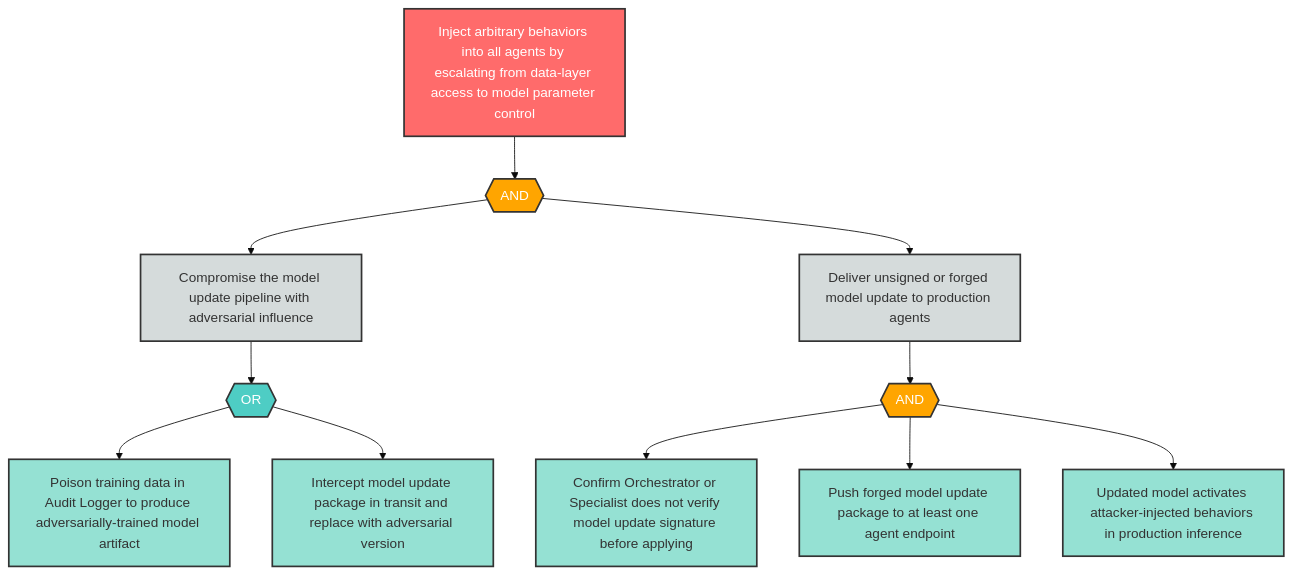
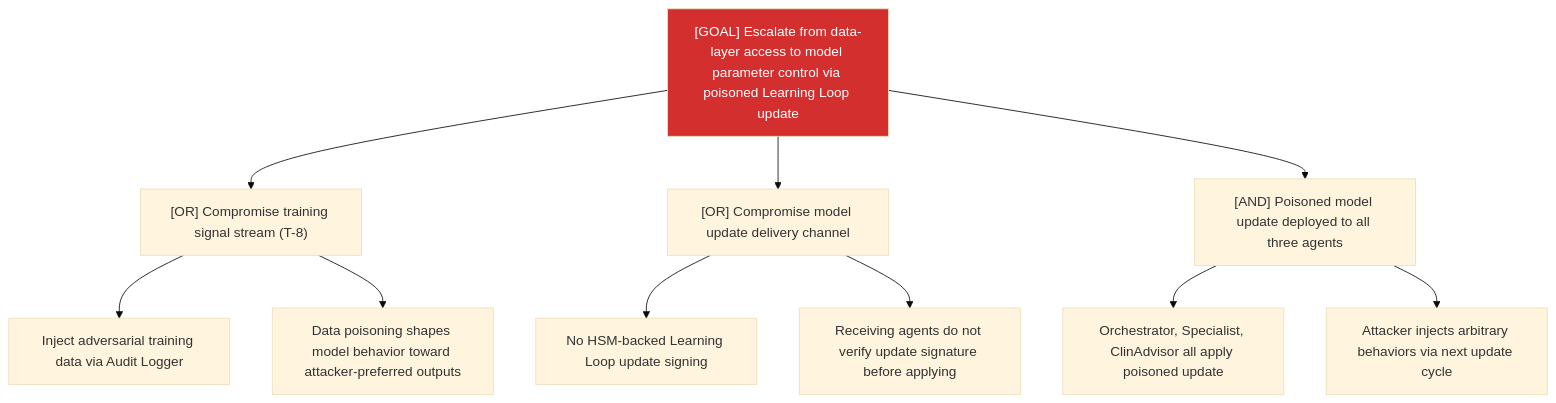
The diagram in examples/agentic-app/sample-report/attack-trees/E-6-attack-tree.md (q-qp-p/davidmatousek-tachi), drawn with Mermaid (base theme) before and after one commit. The commit also changed other lines of this file and 132 other files, not shown here.

````diff
--- a/examples/agentic-app/sample-report/attack-trees/E-6-attack-tree.md
+++ b/examples/agentic-app/sample-report/attack-trees/E-6-attack-tree.md
@@ -8,37 +7,15 @@
 ```mermaid
-flowchart TD
-    E6_root["Inject arbitrary behaviors into all agents by escalating from data-layer access to model parameter control"]
-    E6_and1{{"AND"}}
-    E6_sub1["Compromise the model update pipeline with adversarial influence"]
-    E6_sub2["Deliver unsigned or forged model update to production agents"]
-    E6_or1{{"OR"}}
-    E6_leaf1["Poison training data in Audit Logger to produce adversarially-trained model artifact"]
-    E6_leaf2["Intercept model update package in transit and replace with adversarial version"]
-    E6_and2{{"AND"}}
-    E6_leaf3["Confirm Orchestrator or Specialist does not verify model update signature before applying"]
-    E6_leaf4["Push forged model update package to at least one agent endpoint"]
-    E6_leaf5["Updated model activates attacker-injected behaviors in production inference"]
-
-    E6_root --> E6_and1
-    E6_and1 --> E6_sub1
-    E6_and1 --> E6_sub2
-    E6_sub1 --> E6_or1
-    E6_or1 --> E6_leaf1
-    E6_or1 --> E6_leaf2
-    E6_sub2 --> E6_and2
-    E6_and2 --> E6_leaf3
-    E6_and2 --> E6_leaf4
-    E6_and2 --> E6_leaf5
-
-    classDef goal fill:#ff6b6b,stroke:#333,stroke-width:2px,color:#fff
-    classDef andGate fill:#ffa500,stroke:#333,stroke-width:2px,color:#fff
-    classDef orGate fill:#4ecdc4,stroke:#333,stroke-width:2px,color:#fff
-    classDef subGoal fill:#d5dbdb,stroke:#333,stroke-width:2px,color:#333
-    classDef leaf fill:#95e1d3,stroke:#333,stroke-width:2px,color:#333
-
-    class E6_root goal
-    class E6_and1,E6_and2 andGate
-    class E6_or1 orGate
-    class E6_sub1,E6_sub2 subGoal
-    class E6_leaf1,E6_leaf2,E6_leaf3,E6_leaf4,E6_leaf5 leaf
+graph TD
+    Goal["[GOAL] Escalate from data-layer access to model parameter control via poisoned Learning Loop update"]
+    Goal --> A["[OR] Compromise training signal stream (T-8)"]
+    A --> A1["Inject adversarial training data via Audit Logger"]
+    A --> A2["Data poisoning shapes model behavior toward attacker-preferred outputs"]
+    Goal --> B["[OR] Compromise model update delivery channel"]
+    B --> B1["No HSM-backed Learning Loop update signing"]
+    B --> B2["Receiving agents do not verify update signature before applying"]
+    Goal --> C["[AND] Poisoned model update deployed to all three agents"]
+    C --> C1["Orchestrator, Specialist, ClinAdvisor all apply poisoned update"]
+    C --> C2["Attacker injects arbitrary behaviors via next update cycle"]
+    classDef critical fill:#d32f2f,color:#fff
+    class Goal critical
 ```
````
